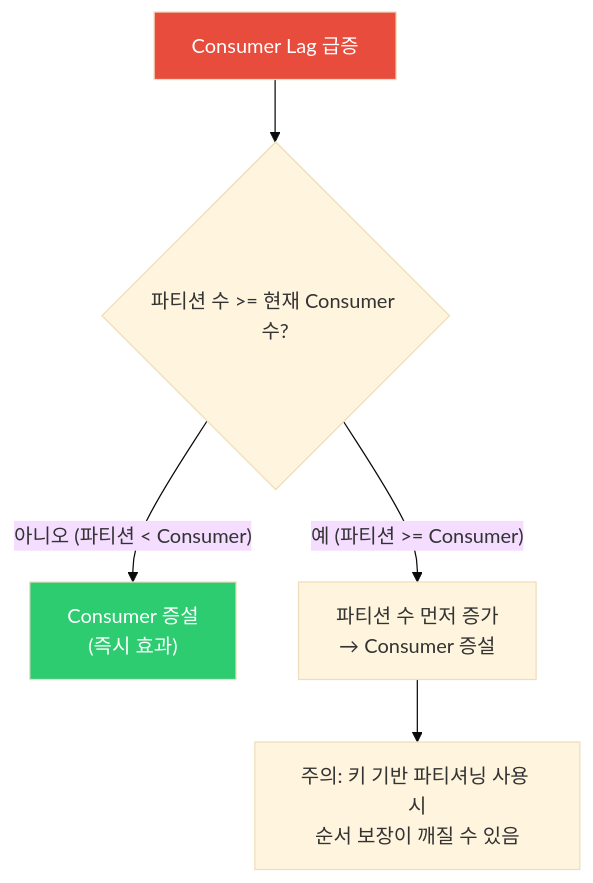
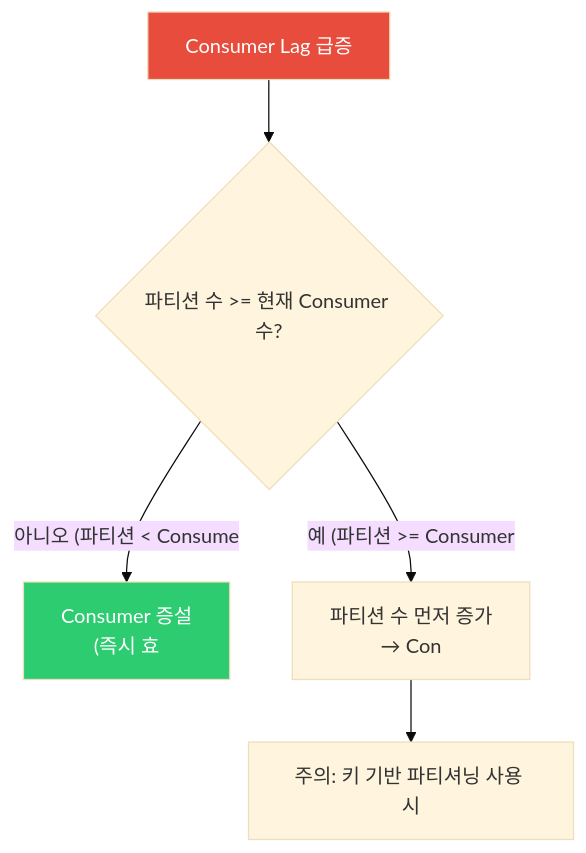
One commit to yjkim2015/yjkim2015.github.io changed the sixth of 7 diagrams in _posts/kafka/2026-05-01-kafka-consumer-deep.md. Above: the diagram before and after it, drawn with Mermaid (base theme). The commit also changed other lines of this file and 271 other files, not shown here.

First line of the commit message:
Mermaid 라벨 축소: 긴 노드 텍스트 18자 이하로 트림 + \n 제거

````diff
--- a/_posts/kafka/2026-05-01-kafka-consumer-deep.md
+++ b/_posts/kafka/2026-05-01-kafka-consumer-deep.md
@@ -348,14 +348,14 @@
 ```mermaid
 flowchart TD
     START["Consumer Lag 급증"]
     CHK{"파티션 수 >= 현재 Consumer 수?"}
-    ADD_C["Consumer 증설\n(즉시 효과)"]
-    ADD_P["파티션 수 먼저 증가\n→ Consumer 증설"]
-    WARN["주의: 키 기반 파티셔닝 사용 시\n순서 보장이 깨질 수 있음"]
+    ADD_C["Consumer 증설\n(즉시 효"]
+    ADD_P["파티션 수 먼저 증가\n→ Con"]
+    WARN["주의: 키 기반 파티셔닝 사용 시"]
     START --> CHK
-    CHK -->|"아니오 (파티션 < Consumer)"| ADD_C
-    CHK -->|"예 (파티션 >= Consumer)"| ADD_P
+    CHK -->|"아니오 (파티션 < Consume"| ADD_C
+    CHK -->|"예 (파티션 >= Consumer"| ADD_P
     ADD_P --> WARN
     style START fill:#e74c3c,color:#fff
     style ADD_C fill:#2ecc71,color:#fff
 ```
````
